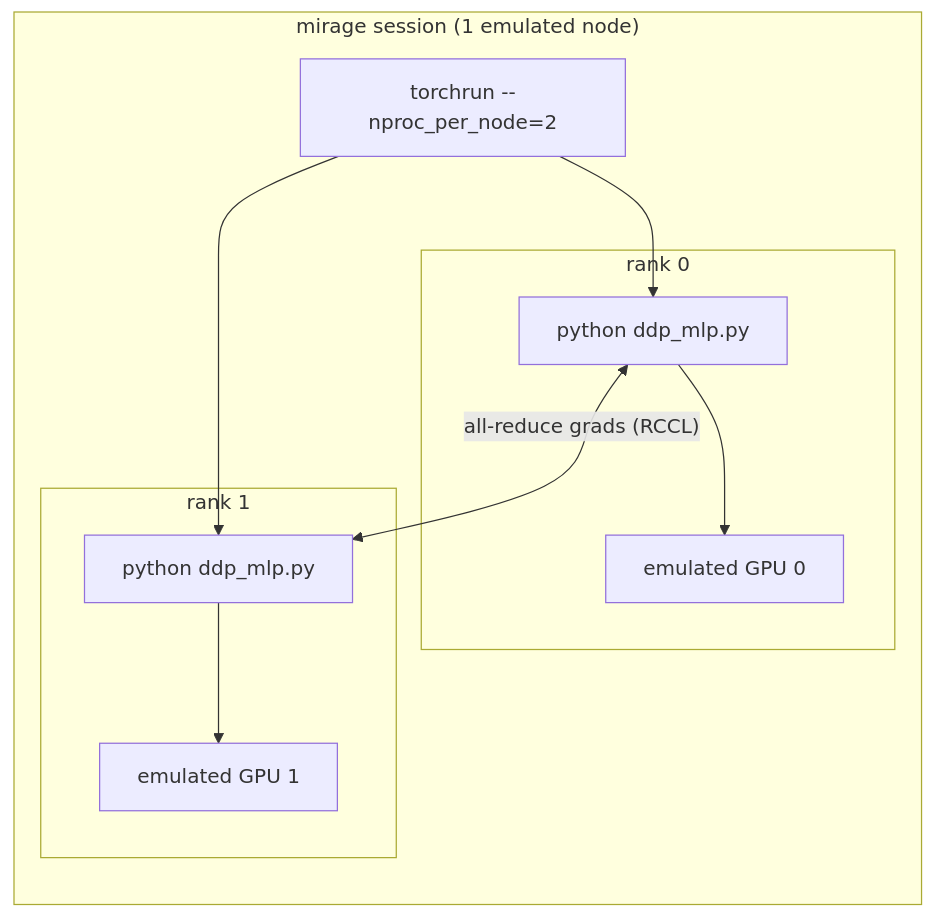
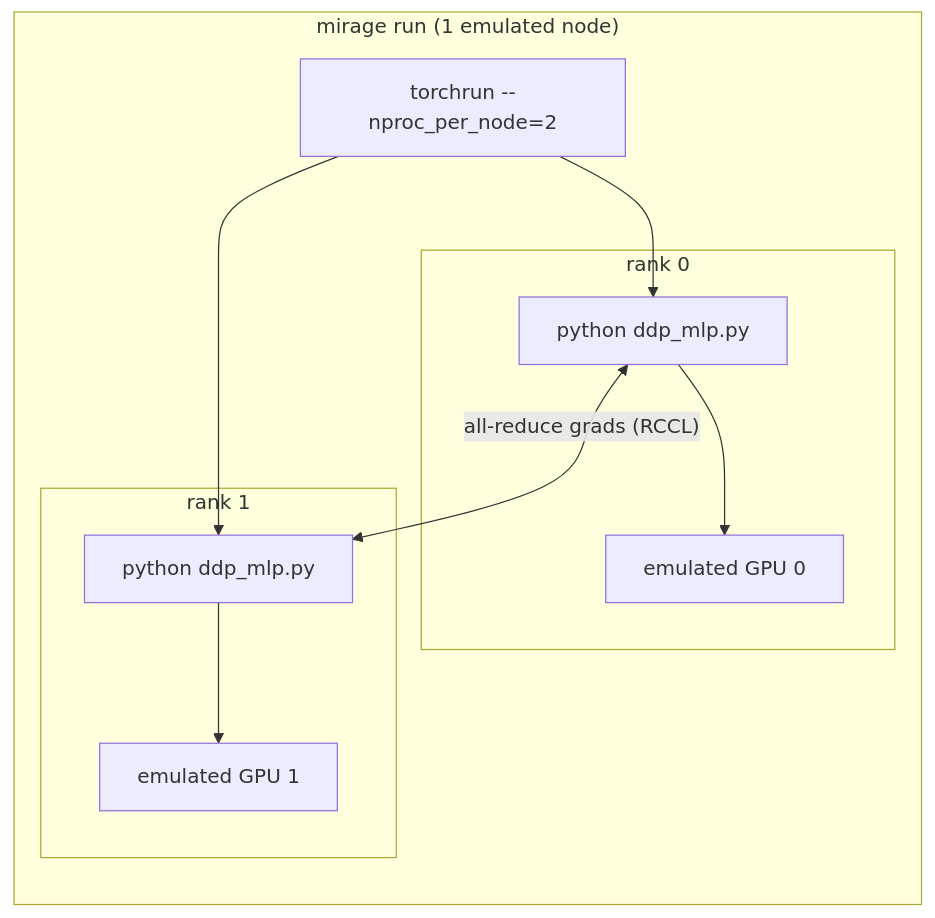
One commit to ROCm/rocm-systems changed the diagram in emulation/mirage/docs/ddp-training.md. Above: the diagram before and after it, drawn with Mermaid. The commit also changed other lines of this file and 107 other files, not shown here.

````diff
--- a/emulation/mirage/docs/ddp-training.md
+++ b/emulation/mirage/docs/ddp-training.md
@@ -47,15 +47,15 @@
 ```mermaid
 flowchart LR
-  subgraph host["mirage session (1 emulated node)"]
+  subgraph host["mirage run (1 emulated node)"]
     tr["torchrun --nproc_per_node=2"]
     subgraph r0["rank 0"]
       p0["python ddp_mlp.py"] --> g0["emulated GPU 0"]
     end
     subgraph r1["rank 1"]
       p1["python ddp_mlp.py"] --> g1["emulated GPU 1"]
     end
     tr --> p0
     tr --> p1
     p0 <-- "all-reduce grads (RCCL)" --> p1
   end
 ```
````
